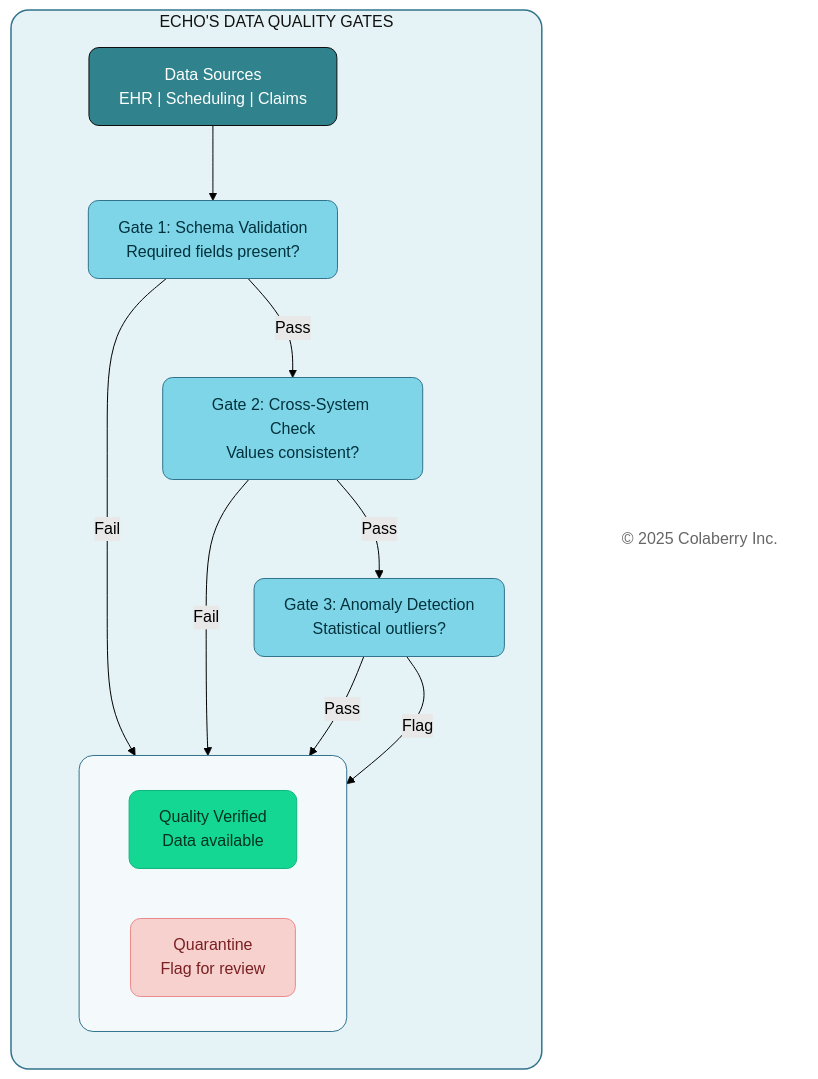
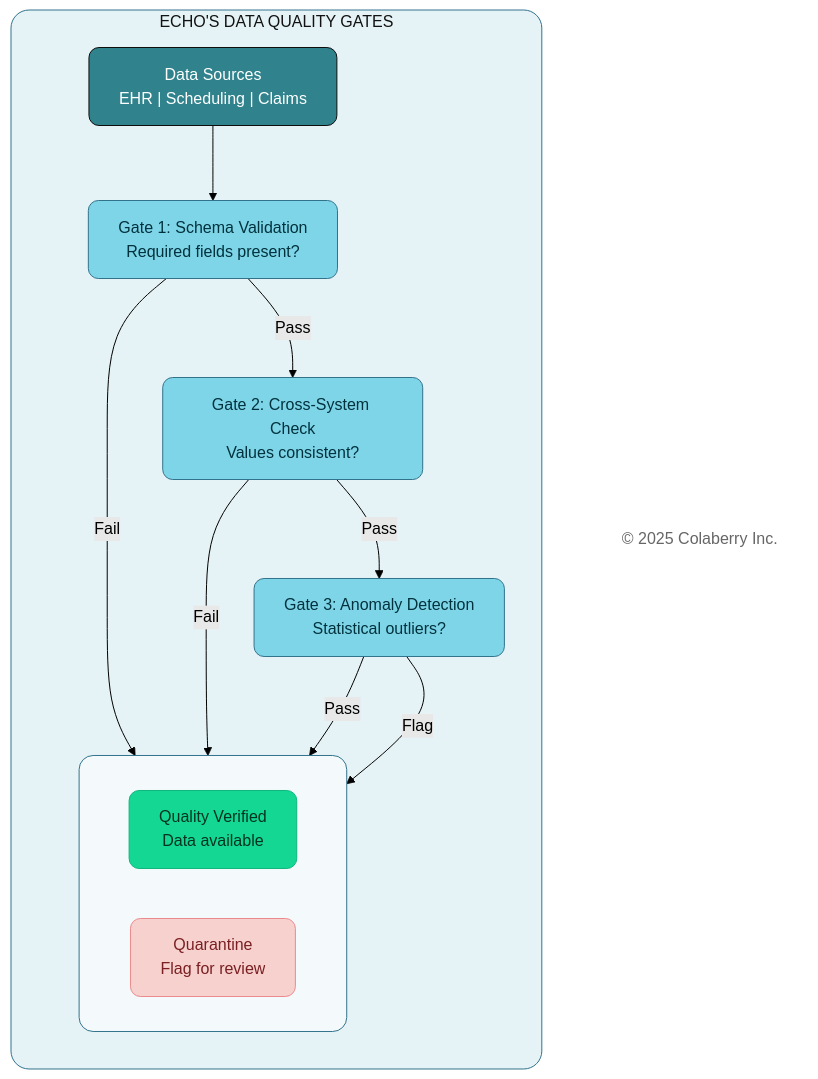
One commit to saitejesh-cyber/trust-before-intelligence-book changed the seventh of 11 diagrams in manuscript/09_chapter_8_architecture_of_trust_in_action.md. Above: the diagram before and after it, drawn with Mermaid (forest theme). The commit also changed other lines of this file and 2 other files, not shown here.

Commit message:
broder width correction

````diff
--- a/manuscript/09_chapter_8_architecture_of_trust_in_action.md
+++ b/manuscript/09_chapter_8_architecture_of_trust_in_action.md
@@ -579,40 +579,40 @@
 ```mermaid
 
 graph TB
     subgraph QUALITY["ECHO'S DATA QUALITY GATES"]
         direction TB
         SOURCE["Data Sources<br/>EHR | Scheduling | Claims"]
         
         GATE1["Gate 1: Schema Validation<br/>Required fields present?"]
         GATE2["Gate 2: Cross-System Check<br/>Values consistent?"]
         GATE3["Gate 3: Anomaly Detection<br/>Statistical outliers?"]
         
         subgraph OUTCOMES[" "]
             direction LR
             PASS["Quality Verified<br/>Data available"]
             QUARANTINE["Quarantine<br/>Flag for review"]
         end
     end
     
     Copyright["© 2025 Colaberry Inc."]
     
     SOURCE --> GATE1
     GATE1 -->|"Pass"| GATE2
     GATE1 -->|"Fail"| QUARANTINE
     GATE2 -->|"Pass"| GATE3
     GATE2 -->|"Fail"| QUARANTINE
     GATE3 -->|"Pass"| PASS
     GATE3 -->|"Flag"| QUARANTINE
 
-    style QUALITY fill:#E6F3F6,stroke:#32738C,stroke-width:1.5px,color:#121212,rx:18,ry:18
+    style QUALITY fill:#E6F3F6,stroke:#32738C,stroke-width:1px,color:#121212,rx:18,ry:18
     style OUTCOMES fill:#F4F9FC,stroke:#32738C,stroke-width:1px,color:#121212,rx:14,ry:14
     style SOURCE fill:#30838C,stroke:#0D0D0D,stroke-width:1px,color:#FFFFFF,rx:10,ry:10
     style GATE1 fill:#7FD5E8,stroke:#32738C,stroke-width:1px,color:#00323D,rx:10,ry:10
     style GATE2 fill:#7FD5E8,stroke:#32738C,stroke-width:1px,color:#00323D,rx:10,ry:10
     style GATE3 fill:#7FD5E8,stroke:#32738C,stroke-width:1px,color:#00323D,rx:10,ry:10
     style PASS fill:#14D793,stroke:#0FB67D,stroke-width:1px,color:#003322,rx:10,ry:10
     style QUARANTINE fill:#F6D1CE,stroke:#EB898B,stroke-width:1px,color:#7A1F22,rx:10,ry:10
     style Copyright fill:none,stroke:none,color:#666666
 
 
 ```
````
